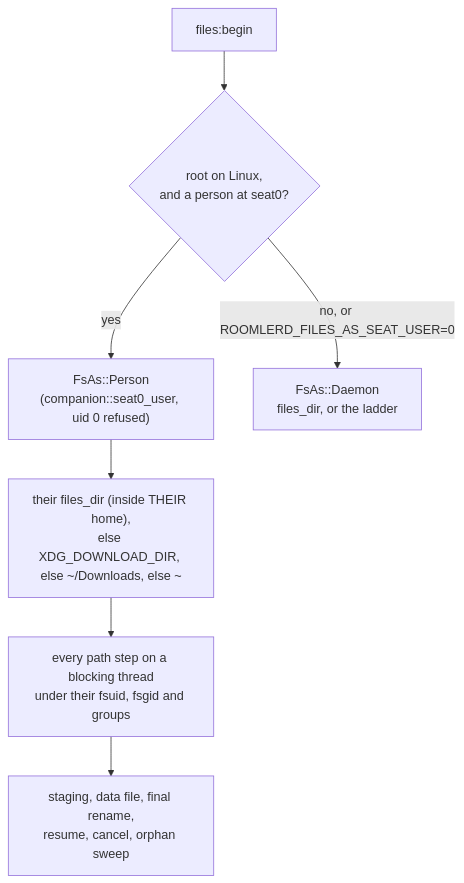
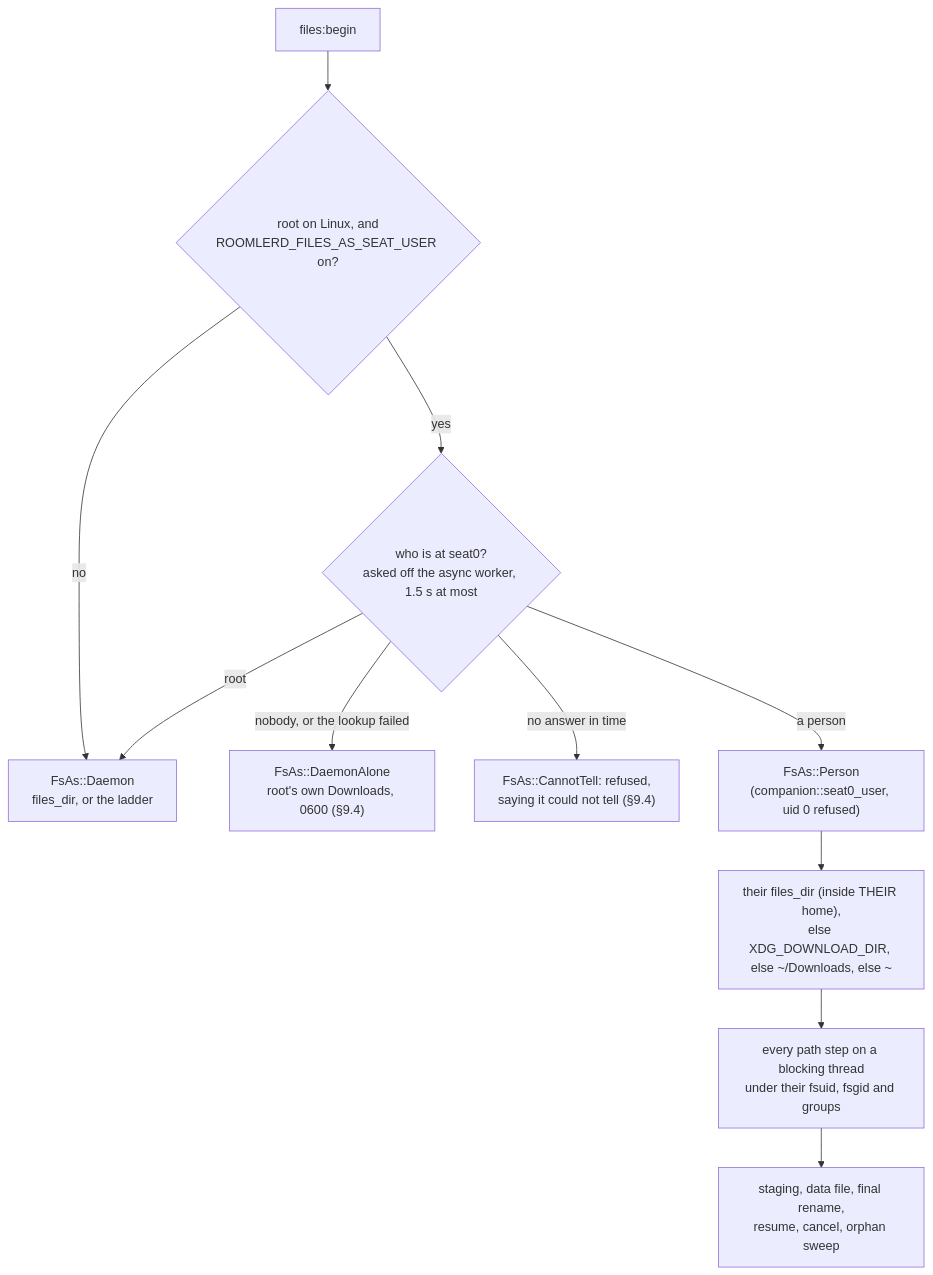
Before and after one commit to gjovanov/roomler-ai: the seventh of 20 diagrams in docs/desktop-companion.md, drawn with Mermaid. The commit also changed other lines of this file and 4 other files, not shown here.

First line of the commit message:
docs(files): a received file's seat0 lookup and its two answers, and the hints

````diff
--- a/docs/desktop-companion.md
+++ b/docs/desktop-companion.md
@@ -553,9 +553,13 @@
 ```mermaid
 flowchart TD
-    B["files:begin"] --> Q{"root on Linux,<br/>and a person at seat0?"}
-    Q -- "yes" --> P["FsAs::Person<br/>(companion::seat0_user, uid 0 refused)"]
-    Q -- "no, or ROOMLERD_FILES_AS_SEAT_USER=0" --> D["FsAs::Daemon<br/>files_dir, or the ladder"]
+    B["files:begin"] --> Q{"root on Linux, and<br/>ROOMLERD_FILES_AS_SEAT_USER on?"}
+    Q -- "no" --> D["FsAs::Daemon<br/>files_dir, or the ladder"]
+    Q -- "yes" --> W{"who is at seat0?<br/>asked off the async worker, 1.5 s at most"}
+    W -- "root" --> D
+    W -- "nobody, or the lookup failed" --> A["FsAs::DaemonAlone<br/>root's own Downloads, 0600 (§9.4)"]
+    W -- "no answer in time" --> C["FsAs::CannotTell: refused,<br/>saying it could not tell (§9.4)"]
+    W -- "a person" --> P["FsAs::Person<br/>(companion::seat0_user, uid 0 refused)"]
     P --> F["their files_dir (inside THEIR home),<br/>else XDG_DOWNLOAD_DIR, else ~/Downloads, else ~"]
     F --> S["every path step on a blocking thread<br/>under their fsuid, fsgid and groups"]
     S --> R["staging, data file, final rename,<br/>resume, cancel, orphan sweep"]
 ```
````
